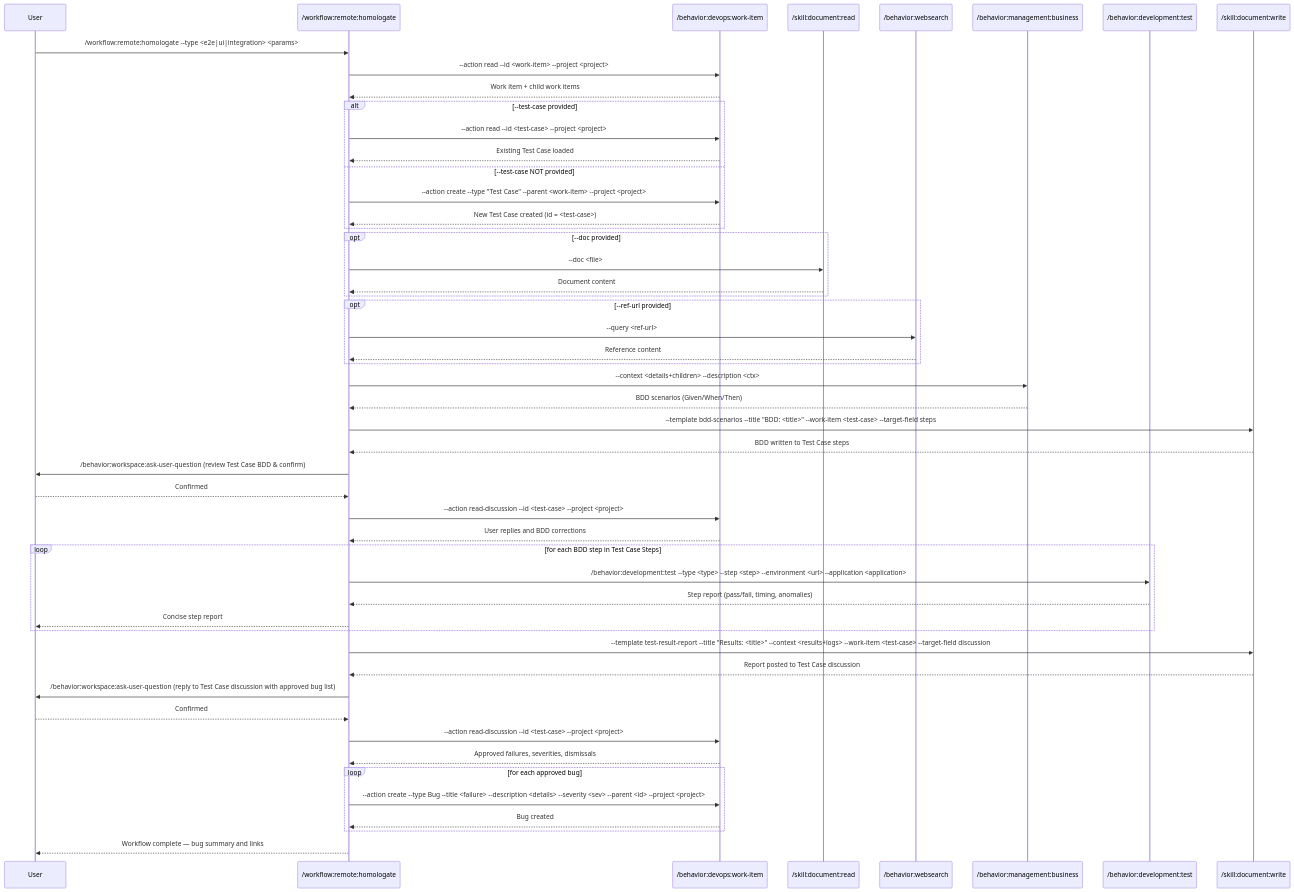
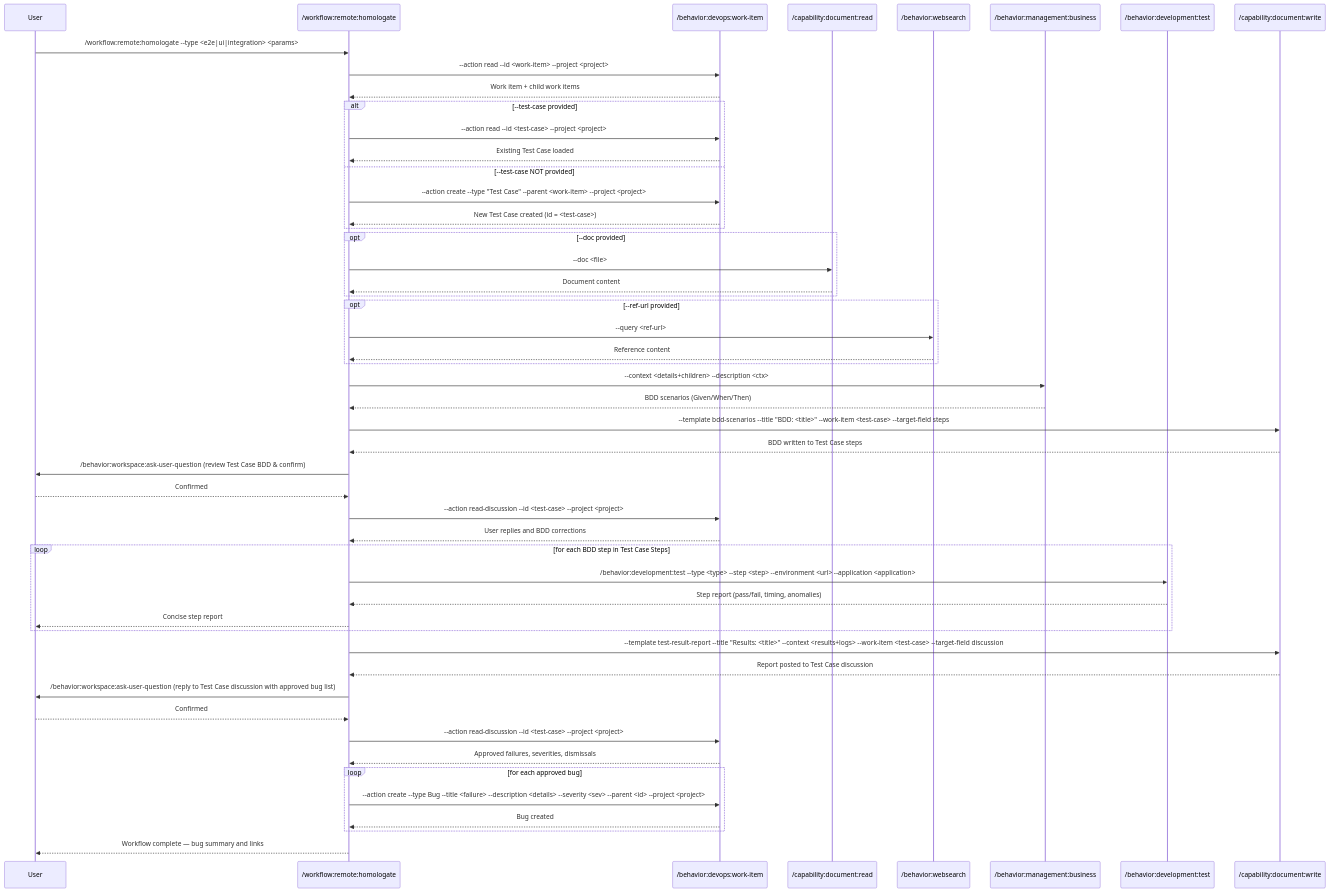
Before and after one commit to zzaia/zzaia-agentic-workspace: the diagram in .claude/commands/workflow/remote/homologate.md, drawn with Mermaid. The commit also changed other lines of this file and 106 other files, not shown here.

Commit message:
Change the skill layer to capability to avoid confusion between the skill pattern;

````diff
--- a/.claude/commands/workflow/remote/homologate.md
+++ b/.claude/commands/workflow/remote/homologate.md
@@ -124,54 +124,54 @@
 ```mermaid
 sequenceDiagram
     participant U as User
     participant W as /workflow:remote:homologate
     participant WI as /behavior:devops:work-item
-    participant DR as /skill:document:read
+    participant DR as /capability:document:read
     participant WS as /behavior:websearch
     participant BDD as /behavior:management:business
     participant TST as /behavior:development:test
-    participant DW as /skill:document:write
+    participant DW as /capability:document:write
 
     U->>W: /workflow:remote:homologate --type <e2e|ui|integration> <params>
     W->>WI: --action read --id <work-item> --project <project>
     WI-->>W: Work item + child work items
     alt --test-case provided
         W->>WI: --action read --id <test-case> --project <project>
         WI-->>W: Existing Test Case loaded
     else --test-case NOT provided
         W->>WI: --action create --type "Test Case" --parent <work-item> --project <project>
         WI-->>W: New Test Case created (id = <test-case>)
     end
     opt --doc provided
         W->>DR: --doc <file>
         DR-->>W: Document content
     end
     opt --ref-url provided
         W->>WS: --query <ref-url>
         WS-->>W: Reference content
     end
     W->>BDD: --context <details+children> --description <ctx>
     BDD-->>W: BDD scenarios (Given/When/Then)
     W->>DW: --template bdd-scenarios --title "BDD: <title>" --work-item <test-case> --target-field steps
     DW-->>W: BDD written to Test Case steps
     W->>U: /behavior:workspace:ask-user-question (review Test Case BDD & confirm)
     U-->>W: Confirmed
     W->>WI: --action read-discussion --id <test-case> --project <project>
     WI-->>W: User replies and BDD corrections
     loop for each BDD step in Test Case Steps
         W->>TST: /behavior:development:test --type <type> --step <step> --environment <url> --application <application>
         TST-->>W: Step report (pass/fail, timing, anomalies)
         W-->>U: Concise step report
     end
     W->>DW: --template test-result-report --title "Results: <title>" --context <results+logs> --work-item <test-case> --target-field discussion
     DW-->>W: Report posted to Test Case discussion
     W->>U: /behavior:workspace:ask-user-question (reply to Test Case discussion with approved bug list)
     U-->>W: Confirmed
     W->>WI: --action read-discussion --id <test-case> --project <project>
     WI-->>W: Approved failures, severities, dismissals
     loop for each approved bug
         W->>WI: --action create --type Bug --title <failure> --description <details> --severity <sev> --parent <id> --project <project>
         WI-->>W: Bug created
     end
     W-->>U: Workflow complete — bug summary and links
 ```
````
